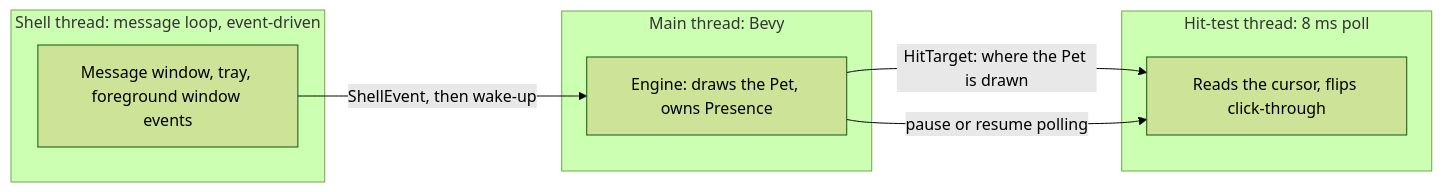
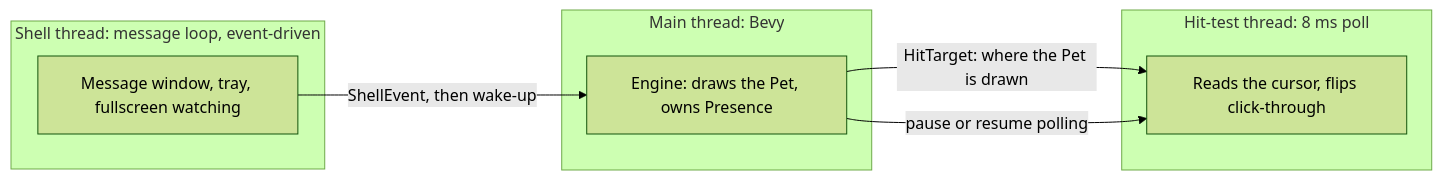
Before and after one commit to IFlynnI/Desktopet: the second of 2 diagrams in docs/proposals/item-2-architecture.md, drawn with Mermaid (forest theme). The commit also changed other lines of this file and 4 other files, not shown here.

````diff
--- a/docs/proposals/item-2-architecture.md
+++ b/docs/proposals/item-2-architecture.md
@@ -58,15 +58,15 @@
 ```mermaid
 flowchart LR
     subgraph main_thread["Main thread: Bevy"]
         E["Engine: draws the Pet, owns Presence"]
     end
     subgraph hit_thread["Hit-test thread: 8 ms poll"]
         H["Reads the cursor, flips click-through"]
     end
     subgraph shell_thread["Shell thread: message loop, event-driven"]
-        S["Message window, tray, foreground window events"]
+        S["Message window, tray, fullscreen watching"]
     end
     E -- "HitTarget: where the Pet is drawn" --> H
     E -- "pause or resume polling" --> H
     S -- "ShellEvent, then wake-up" --> E
 ```
````
